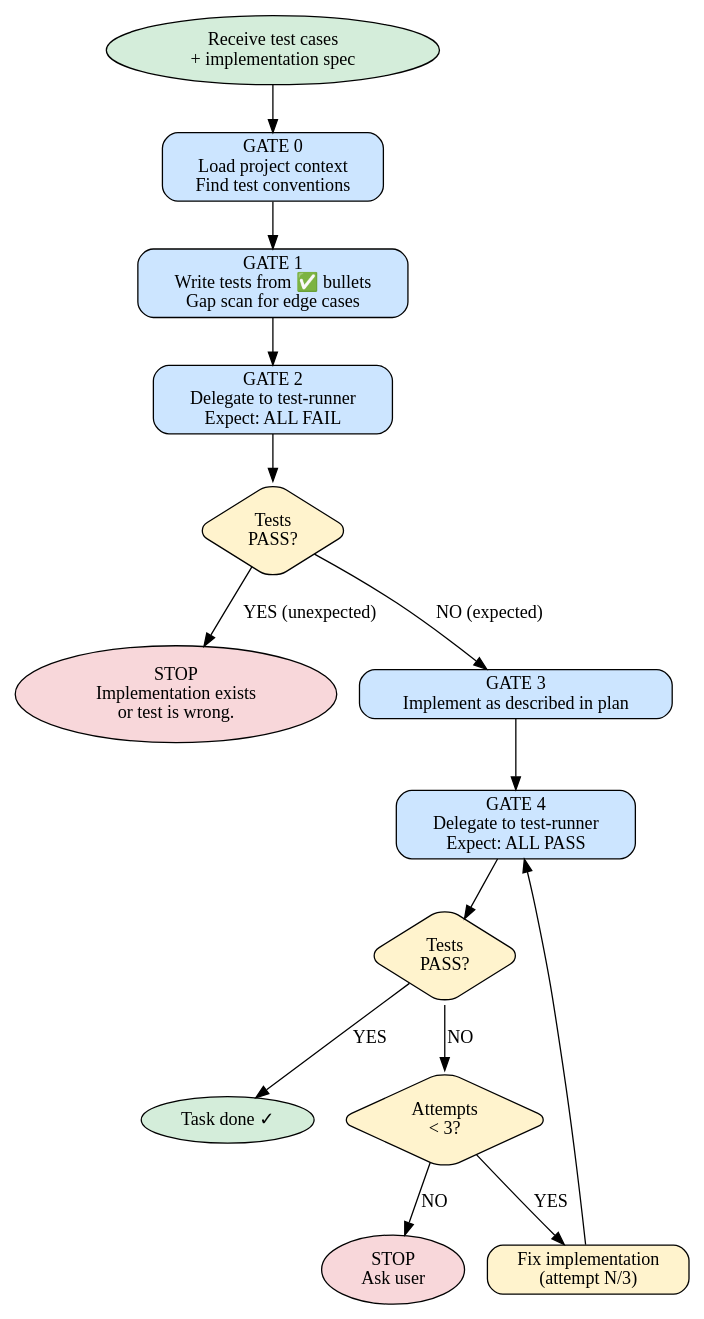
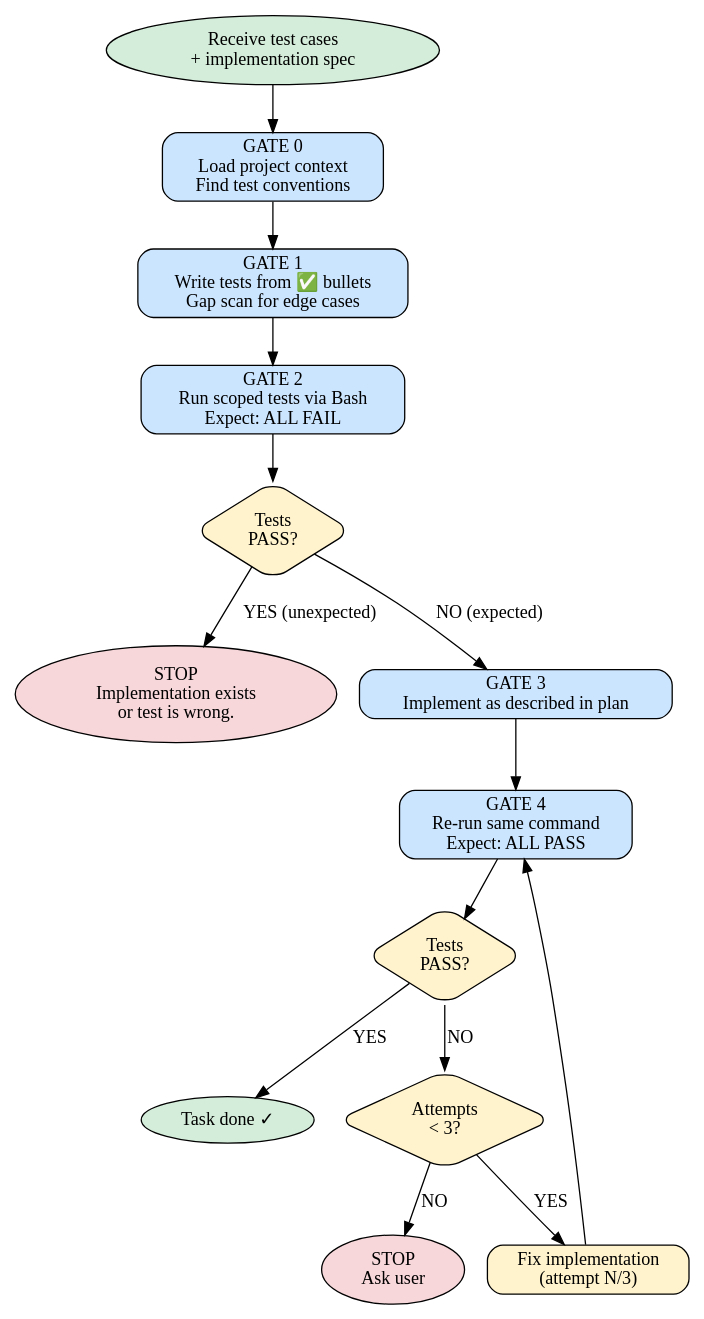
One commit to broneq/bdk changed the diagram in skills/test-driven-development/SKILL.md. Above: the diagram before and after it, drawn with Graphviz. The commit also changed other lines of this file and 22 other files, not shown here.

````diff
--- a/skills/test-driven-development/SKILL.md
+++ b/skills/test-driven-development/SKILL.md
@@ -16,34 +16,34 @@
 ```dot
 digraph tdd {
     rankdir=TB
     node [shape=box, style="rounded,filled", fillcolor="#f0f0f0"]
 
     start [label="Receive test cases\n+ implementation spec", shape=ellipse, fillcolor="#d4edda"]
     g0 [label="GATE 0\nLoad project context\nFind test conventions", fillcolor="#cce5ff"]
     g1 [label="GATE 1\nWrite tests from ✅ bullets\nGap scan for edge cases", fillcolor="#cce5ff"]
-    g2 [label="GATE 2\nDelegate to test-runner\nExpect: ALL FAIL", fillcolor="#cce5ff"]
+    g2 [label="GATE 2\nRun scoped tests via Bash\nExpect: ALL FAIL", fillcolor="#cce5ff"]
     tests_pass [label="Tests\nPASS?", shape=diamond, fillcolor="#fff3cd"]
     stop_investigate [label="STOP\nImplementation exists\nor test is wrong.", shape=ellipse, fillcolor="#f8d7da"]
     g3 [label="GATE 3\nImplement as described in plan", fillcolor="#cce5ff"]
-    g4 [label="GATE 4\nDelegate to test-runner\nExpect: ALL PASS", fillcolor="#cce5ff"]
+    g4 [label="GATE 4\nRe-run same command\nExpect: ALL PASS", fillcolor="#cce5ff"]
     green_pass [label="Tests\nPASS?", shape=diamond, fillcolor="#fff3cd"]
     fix_attempt [label="Fix implementation\n(attempt N/3)", fillcolor="#fff3cd"]
     too_many [label="STOP\nAsk user", shape=ellipse, fillcolor="#f8d7da"]
     attempts_left [label="Attempts\n< 3?", shape=diamond, fillcolor="#fff3cd"]
     done [label="Task done ✓", shape=ellipse, fillcolor="#d4edda"]
 
     start -> g0
     g0 -> g1
     g1 -> g2
     g2 -> tests_pass
     tests_pass -> stop_investigate [label="YES (unexpected)"]
     tests_pass -> g3 [label="NO (expected)"]
     g3 -> g4
     g4 -> green_pass
     green_pass -> done [label="YES"]
     green_pass -> attempts_left [label="NO"]
     attempts_left -> fix_attempt [label="YES"]
     attempts_left -> too_many [label="NO"]
     fix_attempt -> g4
 }
 ```
````
